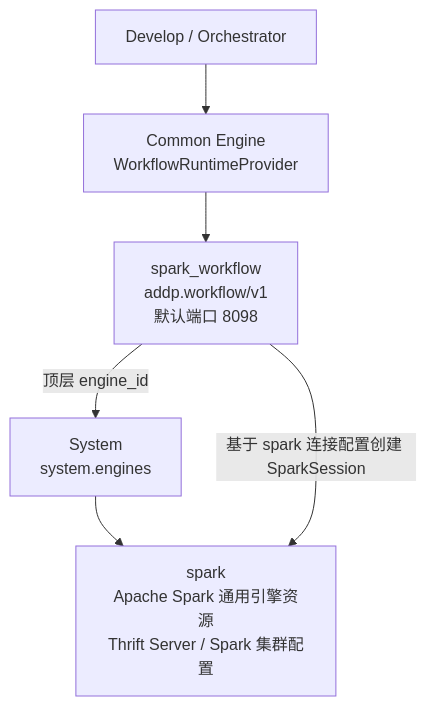
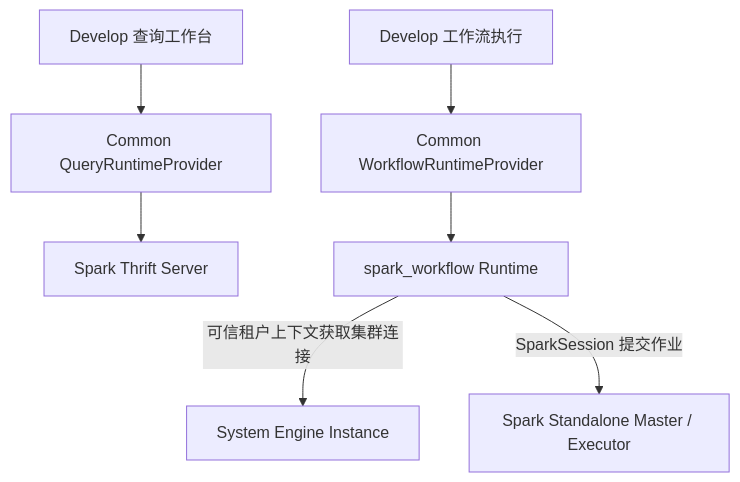
Before and after one commit to pampa0629/addp: the diagram in engines/spark-workflow/docs/spark-design.md, drawn with Mermaid. The commit also changed other lines of this file and 8 other files, not shown here.

````diff
--- a/engines/spark-workflow/docs/spark-design.md
+++ b/engines/spark-workflow/docs/spark-design.md
@@ -15,14 +16,9 @@
 ```mermaid
 flowchart TB
-    Develop["Develop / Orchestrator"]
-    Provider["Common Engine<br/>WorkflowRuntimeProvider"]
-    SparkWorkflow["spark_workflow<br/>addp.workflow/v1<br/>默认端口 8098"]
-    System["System<br/>system.engines"]
-    Spark["spark<br/>Apache Spark 通用引擎资源<br/>Thrift Server / Spark 集群配置"]
-
-    Develop --> Provider
-    Provider --> SparkWorkflow
-    SparkWorkflow -->|"顶层 engine_id"| System
-    System --> Spark
-    SparkWorkflow -->|"基于 spark 连接配置创建 SparkSession"| Spark
+    Query["Develop 查询工作台"] --> SQLProvider["Common QueryRuntimeProvider"]
+    SQLProvider --> Thrift["Spark Thrift Server"]
+    Workflow["Develop 工作流执行"] --> Provider["Common WorkflowRuntimeProvider"]
+    Provider --> Runtime["spark_workflow Runtime"]
+    Runtime -->|"可信租户上下文获取集群连接"| System["System Engine Instance"]
+    Runtime -->|"SparkSession 提交作业"| Master["Spark Standalone Master / Executor"]
 ```
````
